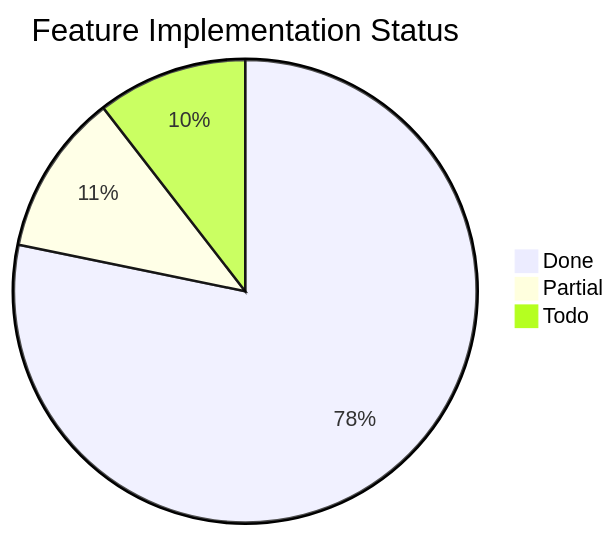
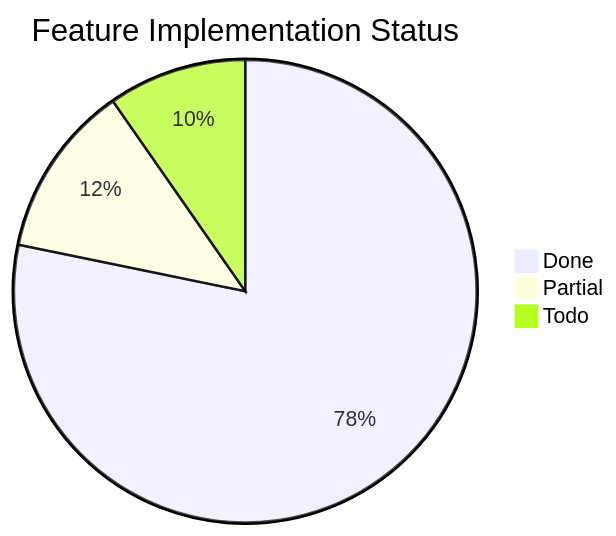
Before and after one commit to Papyrine/Morph: the third of 3 diagrams in docs/word-features.md, drawn with Mermaid. The commit also changed other lines of this file and 3 other files, not shown here.

````diff
--- a/docs/word-features.md
+++ b/docs/word-features.md
@@ -1920,6 +1923,6 @@
 ```mermaid
 pie title Feature Implementation Status
     "Done" : 97
-    "Partial" : 14
-    "Todo" : 13
+    "Partial" : 15
+    "Todo" : 12
 ```
````
